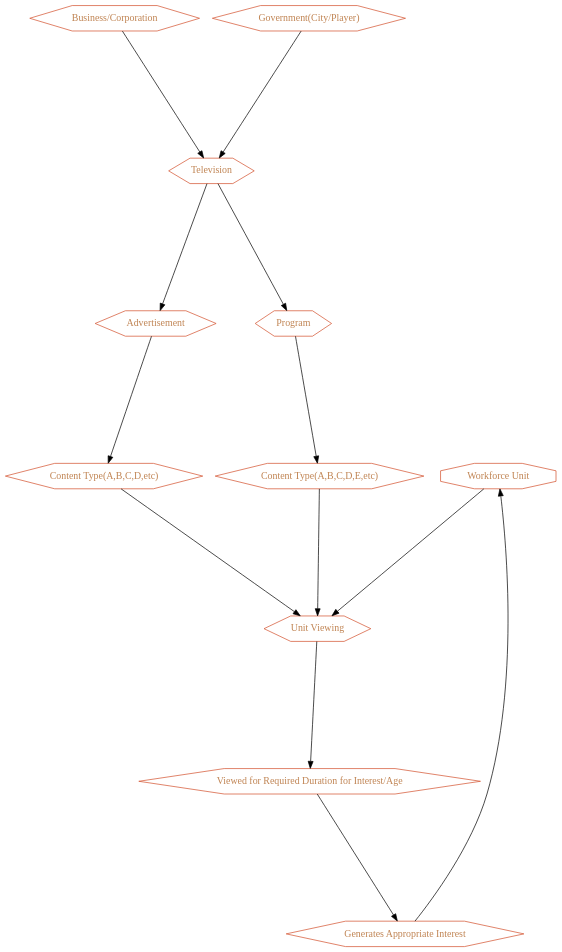
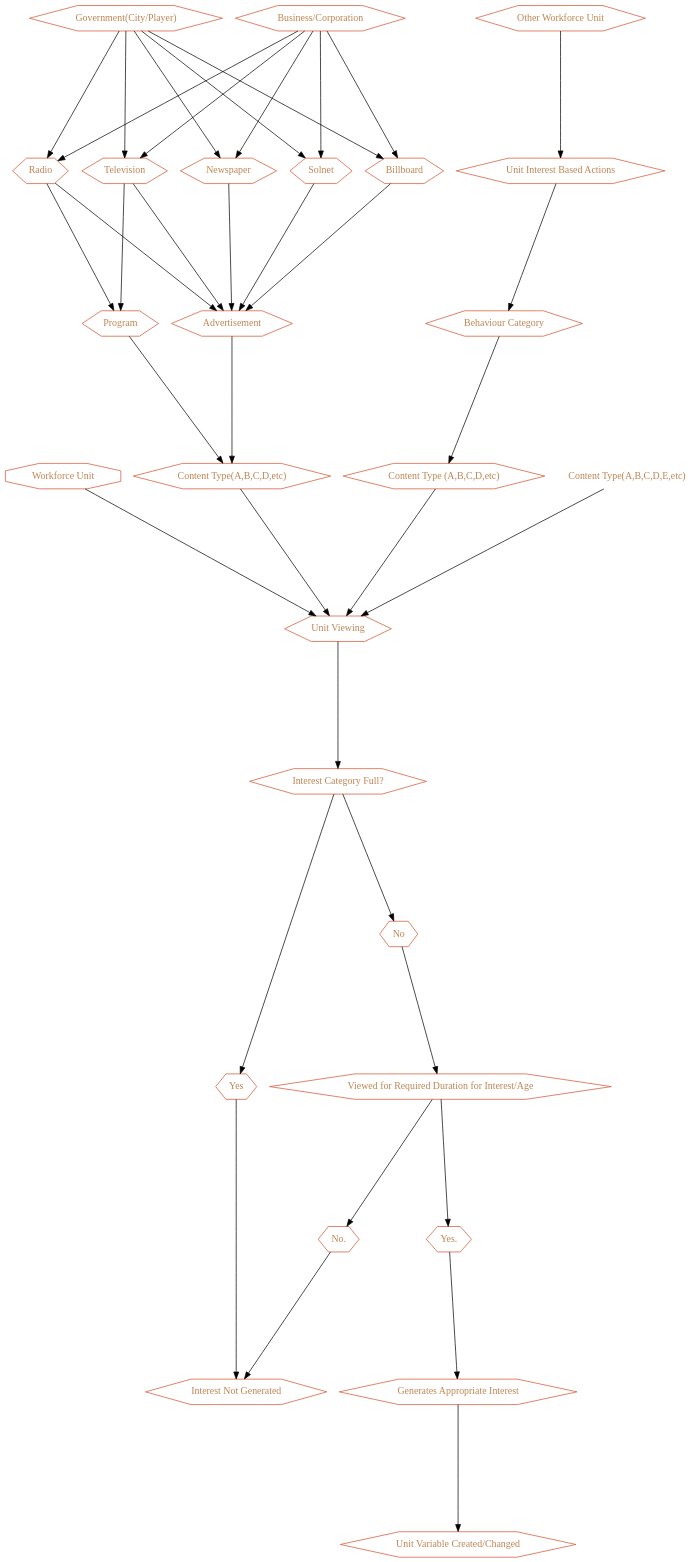
The diagram in Handbook/Game_Mechanics/Graphviz/Workforce_Interests.gv (cartesiantheatre/handbook), drawn with Graphviz before and after one commit.

Commit message:
Handbook: edit to Workforce_Interests.gv. Added beavhioural influence aspects. Added other meda sources.

```diff
--- a/Handbook/Game_Mechanics/Graphviz/Workforce_Interests.gv
+++ b/Handbook/Game_Mechanics/Graphviz/Workforce_Interests.gv
@@ -1,83 +1,133 @@
 /*
   This is part of the Avaneya Project Crew Handbook.
   Copyright (C) 2010-2013 Cartesian Theatre <info@cartesiantheatre.com>.
   See the file License for copying conditions.
   
   To manually compile:
       $ sudo aptitude install graphviz
       $ twopi -Tpdf Workforce_Interests.twopi.gv -o Workforce_Interests.pdf
 */
 
 digraph Workforce_Needs
 {
     // Graph attributes...
     bgcolor="transparent";
     margin="0";
     ratio="auto";
     ranksep="2.5";
     pad="0.5,0.5";
     compound="true";
     overlap="vpsc";
     root="Zones";
 
     // Node attributes...
     node[color="#d3502dff"];
     node[fillcolor="gray10"];
     node[fontcolor="#c08453ff"];
     node[fontname="Ubuntu"];
     node[shape="none"]
 
 
 // Interests
 
 	"Workforce Unit"[shape="octagon"]
 	"Television"[shape="hexagon"]
+	"Radio"[shape="hexagon"]
+	"Billboard"[shape="hexagon"]
+	"Newspaper"[shape="hexagon"]
+	"Solnet"[shape="hexagon"]
 	"Advertisement"[shape="hexagon"]
 	"Program"[shape="hexagon"]
 	"Business/Corporation"[shape="hexagon"]
 	"Government(City/Player)"[shape="hexagon"]
 	"Content Type(A,B,C,D,etc)"[shape="hexagon"]
-	"Content Type(A,B,C,D,E,etc)"[shape="hexagon"]
 	"Unit Viewing"[shape="hexagon"]
 	"Viewed for Required Duration for Interest/Age"[shape="hexagon"]
 	"Generates Appropriate Interest"[shape="hexagon"]
+	"Other Workforce Unit"[shape="hexagon"]
+	"Unit Interest Based Actions"[shape="hexagon"]
+	"Behaviour Category"[shape="hexagon"]
+	"Content Type (A,B,C,D,etc)"[shape="hexagon"]
+	"Interest Category Full?"[shape="hexagon"]
+	"Yes"[shape="hexagon"]
+	"Yes."[shape="hexagon"]
+	"No"[shape="hexagon"]
+	"No."[shape="hexagon"]
+	"Interest Not Generated"[shape="hexagon"]
+	"Unit Variable Created/Changed"[shape="hexagon"]
+
 
 // Relations
-	// Television	
+	// Television & Media	
 
 	"Business/Corporation"		-> "Television";
 	"Government(City/Player)"	-> "Television";
-
+	"Business/Corporation"		-> "Radio";
+	"Government(City/Player)"	-> "Radio";
+	"Business/Corporation"		-> "Billboard";
+	"Government(City/Player)"	-> "Billboard";
+	"Business/Corporation"		-> "Newspaper";
+	"Government(City/Player)"	-> "Newspaper";
+	"Business/Corporation"		-> "Solnet";
+	"Government(City/Player)"	-> "Solnet";	
+	
+	
+	
+	
+	
 	"Television"	-> "Advertisement";
 	"Television"	-> "Program";
+	"Radio"		-> "Program";
+	"Radio"		-> "Advertisement";
+	"Solnet"	-> "Advertisement";
+	"Billboard"	-> "Advertisement";
+	"Newspaper"	-> "Advertisement";
+
 
 	"Advertisement"	-> "Content Type(A,B,C,D,etc)";
-	"Program"	-> "Content Type(A,B,C,D,E,etc)";
+	"Program"	-> "Content Type(A,B,C,D,etc)";
 
 	"Content Type(A,B,C,D,etc)"	-> "Unit Viewing";	
 	"Content Type(A,B,C,D,E,etc)"	-> "Unit Viewing";
 
 	"Workforce Unit"	-> "Unit Viewing";	
 	
-	"Unit Viewing"		-> "Viewed for Required Duration for Interest/Age";
+	"Unit Viewing"		-> "Interest Category Full?";
+					"Interest Category Full?" -> "Yes";
+					"Interest Category Full?" -> "No";
+						"Yes"	-> "Interest Not Generated";
+						"No"	-> "Viewed for Required Duration for Interest/Age";
+								"Viewed for Required Duration for Interest/Age" -> "Yes.";
+								"Viewed for Required Duration for Interest/Age" -> "No.";
 
-	"Viewed for Required Duration for Interest/Age"	-> "Generates Appropriate Interest";	
+									"Yes." 	-> "Generates Appropriate Interest";
+									"No."	-> "Interest Not Generated";
 
-	"Generates Appropriate Interest" -> "Workforce Unit";
+	
+	"Generates Appropriate Interest" -> "Unit Variable Created/Changed";
 
 
-	//
+	// Behavioural Observations
+
+	"Other Workforce Unit"		-> "Unit Interest Based Actions";
+	"Unit Interest Based Actions"	-> "Behaviour Category";
+	"Behaviour Category"		-> "Content Type (A,B,C,D,etc)";
+	"Content Type (A,B,C,D,etc)"	-> "Unit Viewing";
+
+	
+	// 
+	
 
 
 
 
 
 
 
 
 
 
 
 
 
 }
```
